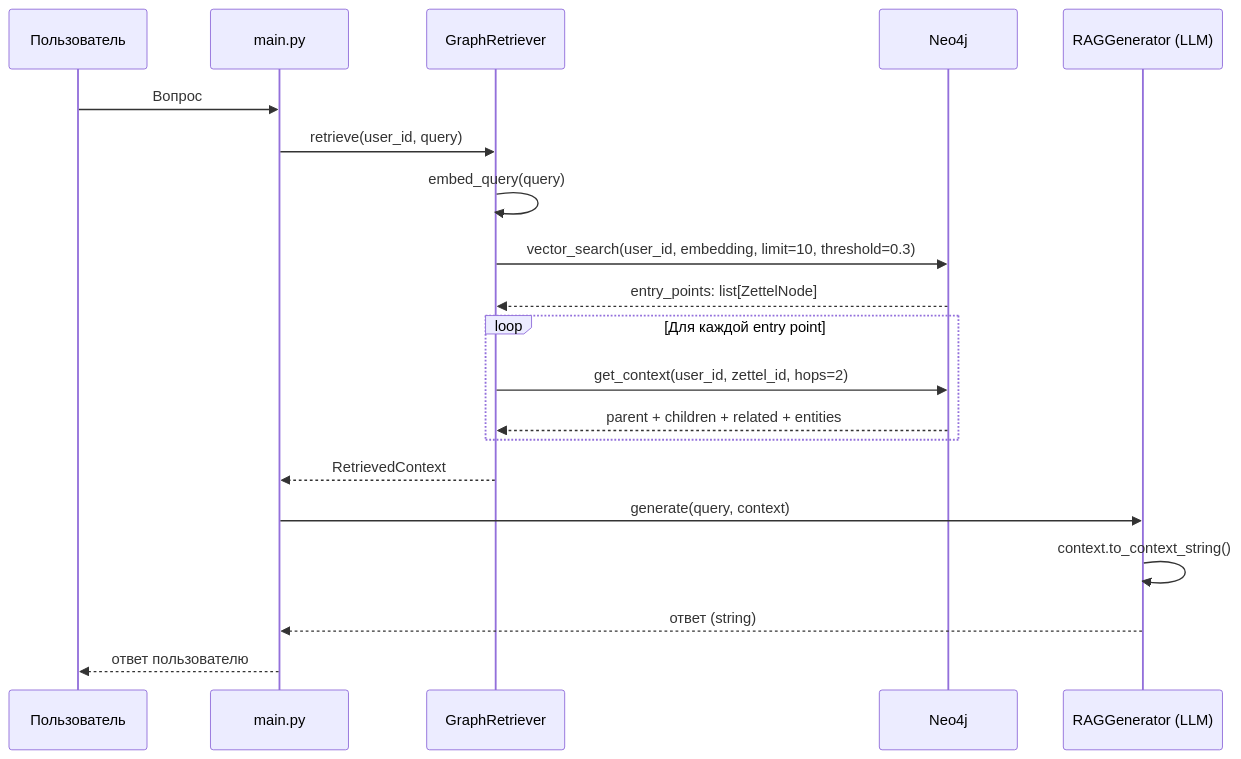
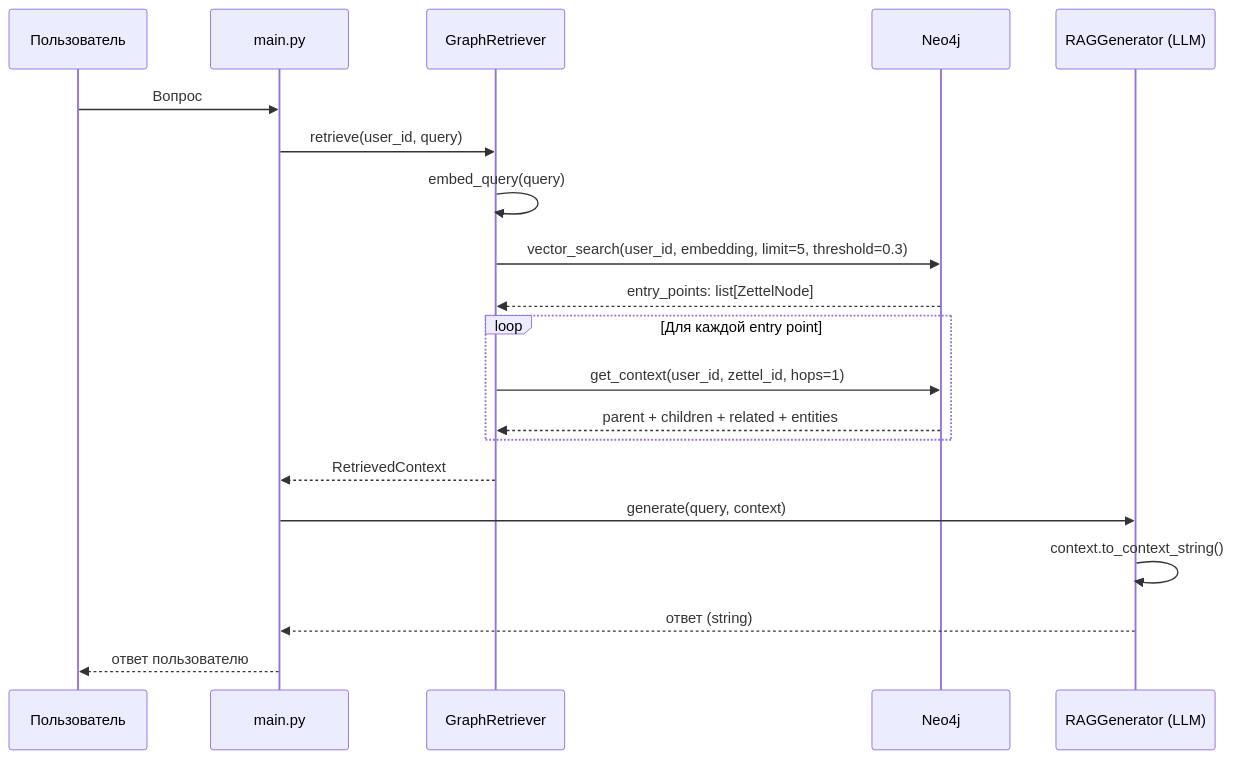
Before and after one commit to nastyakon14/Executive_Exocortex: the third of 4 diagrams in README.md, drawn with Mermaid. The commit also changed other lines of this file and 1645 other files, not shown here.

````diff
--- a/README.md
+++ b/README.md
@@ -668,28 +668,28 @@
 ```mermaid
 sequenceDiagram
     participant U as Пользователь
     participant B as main.py
     participant R as GraphRetriever
     participant N as Neo4j
     participant G as RAGGenerator (LLM)
 
     U->>B: Вопрос
     B->>R: retrieve(user_id, query)
 
     R->>R: embed_query(query)
-    R->>N: vector_search(user_id, embedding, limit=10, threshold=0.3)
+    R->>N: vector_search(user_id, embedding, limit=5, threshold=0.3)
     N-->>R: entry_points: list[ZettelNode]
 
     loop Для каждой entry point
-        R->>N: get_context(user_id, zettel_id, hops=2)
+        R->>N: get_context(user_id, zettel_id, hops=1)
         N-->>R: parent + children + related + entities
     end
 
     R-->>B: RetrievedContext
 
     B->>G: generate(query, context)
     G->>G: context.to_context_string()
     G-->>B: ответ (string)
 
     B-->>U: ответ пользователю
 ```
````
